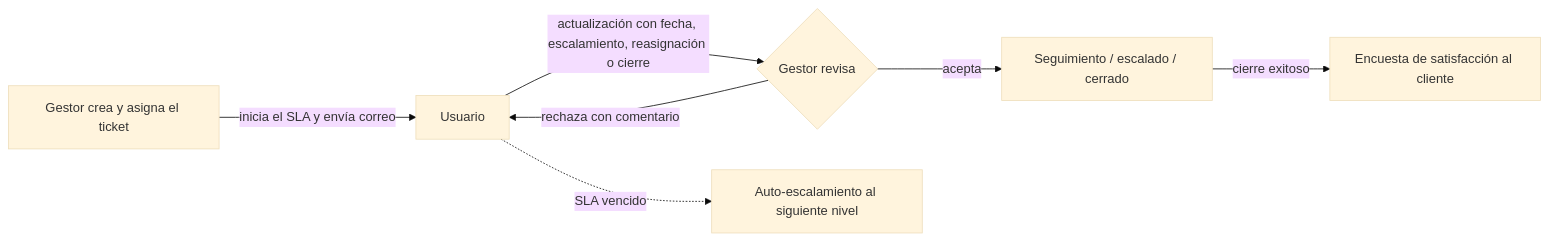
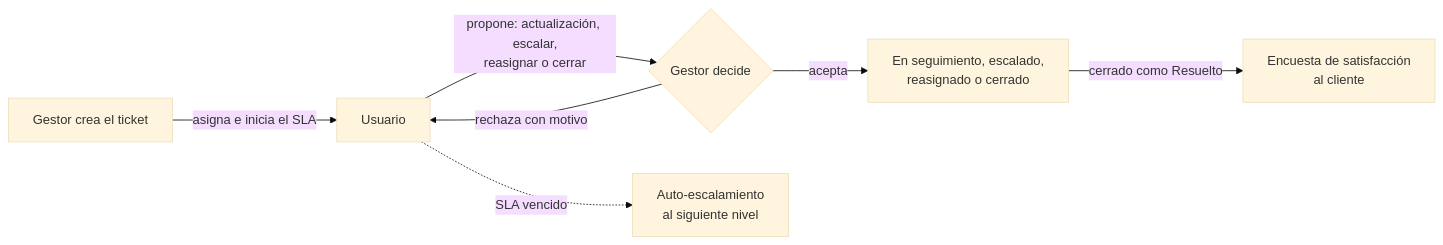
The first of 2 diagrams in README.md (DatzinDev/OpenDesk), drawn with Mermaid (base theme) before and after one commit. The commit also changed other lines of this file, not shown here.

Commit message:
docs(readme): se reorganiza el readme como proyecto open source y se corrigen descripciones desactualizadas

````diff
--- a/README.md
+++ b/README.md
@@ -41,9 +46,9 @@
 ```mermaid
 flowchart LR
-    G[Gestor crea y asigna el ticket] -->|inicia el SLA y envía correo| U[Usuario]
-    U -->|actualización con fecha, escalamiento, reasignación o cierre| P{Gestor revisa}
-    P -->|acepta| S[Seguimiento / escalado / cerrado]
-    P -->|rechaza con comentario| U
-    S -->|cierre exitoso| E[Encuesta de satisfacción al cliente]
-    U -.->|SLA vencido| R[Auto-escalamiento al siguiente nivel]
+    G[Gestor crea el ticket] -->|asigna e inicia el SLA| U[Usuario]
+    U -->|propone: actualización, escalar,<br/>reasignar o cerrar| P{Gestor decide}
+    P -->|acepta| S[En seguimiento, escalado,<br/>reasignado o cerrado]
+    P -->|rechaza con motivo| U
+    S -->|cerrado como Resuelto| E[Encuesta de satisfacción<br/>al cliente]
+    U -.->|SLA vencido| R[Auto-escalamiento<br/>al siguiente nivel]
 ```
````
